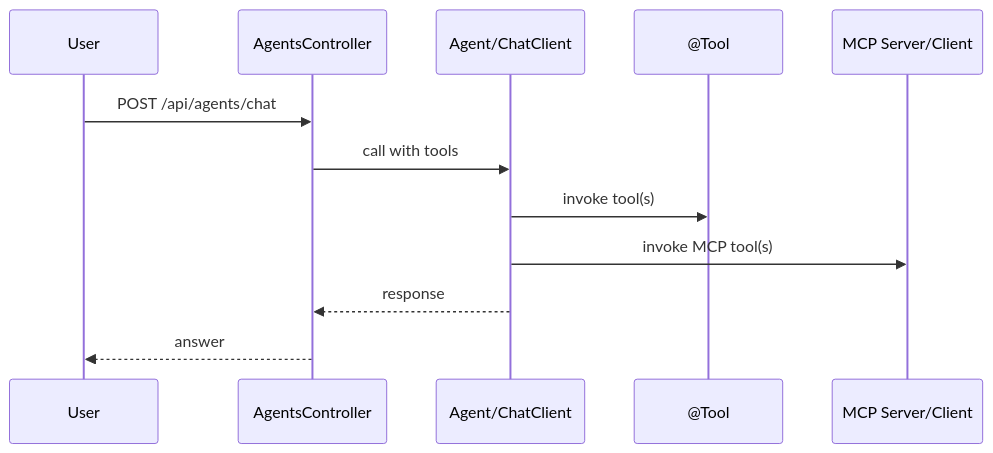
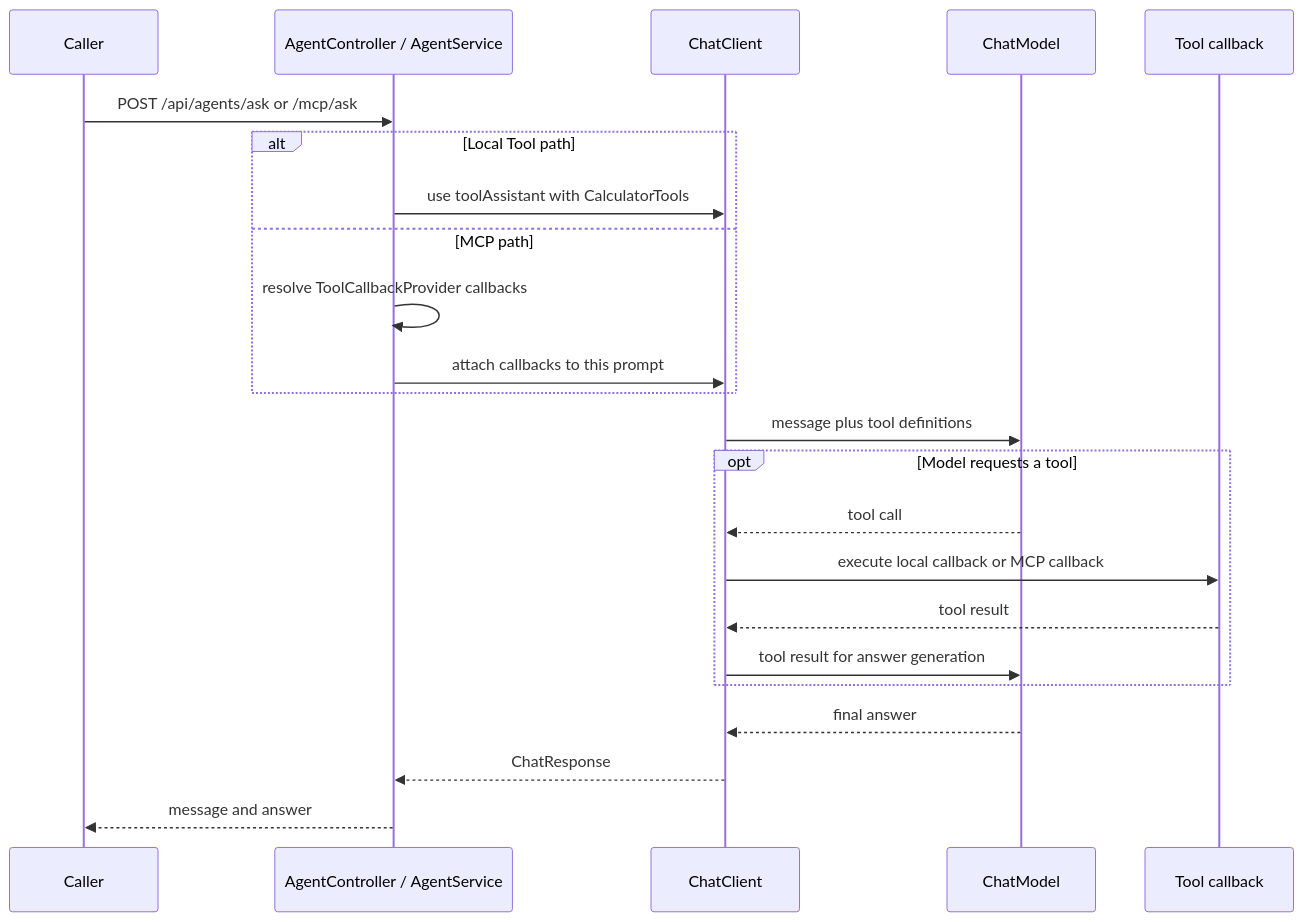
Before and after one commit to prasadgaikwad/spring-ai-apps: the diagram in ai-agents/README.md, drawn with Mermaid. The commit also changed other lines of this file and 23 other files, not shown here.

````diff
--- a/ai-agents/README.md
+++ b/ai-agents/README.md
@@ -28,14 +47,25 @@
 ```mermaid
 sequenceDiagram
-  participant U as User
-  participant C as AgentsController
-  participant AC as Agent/ChatClient
-  participant T as @Tool
-  participant M as MCP Server/Client
-  U->>C: POST /api/agents/chat
-  C->>AC: call with tools
-  AC->>T: invoke tool(s)
-  AC->>M: invoke MCP tool(s)
-  AC-->>C: response
-  C-->>U: answer
+    participant U as Caller
+    participant A as AgentController / AgentService
+    participant C as ChatClient
+    participant M as ChatModel
+    participant T as Tool callback
+    U->>A: POST /api/agents/ask or /mcp/ask
+    alt Local Tool path
+        A->>C: use toolAssistant with CalculatorTools
+    else MCP path
+        A->>A: resolve ToolCallbackProvider callbacks
+        A->>C: attach callbacks to this prompt
+    end
+    C->>M: message plus tool definitions
+    opt Model requests a tool
+        M-->>C: tool call
+        C->>T: execute local callback or MCP callback
+        T-->>C: tool result
+        C->>M: tool result for answer generation
+    end
+    M-->>C: final answer
+    C-->>A: ChatResponse
+    A-->>U: message and answer
 ```
````
